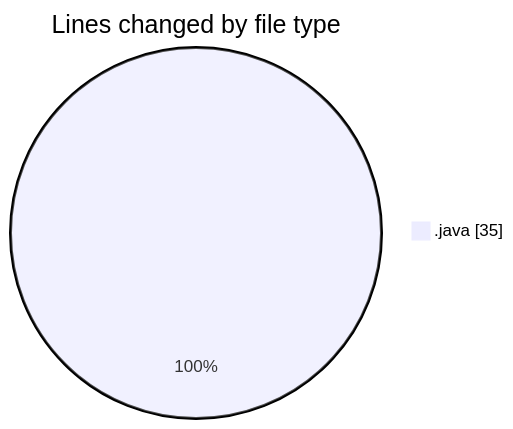
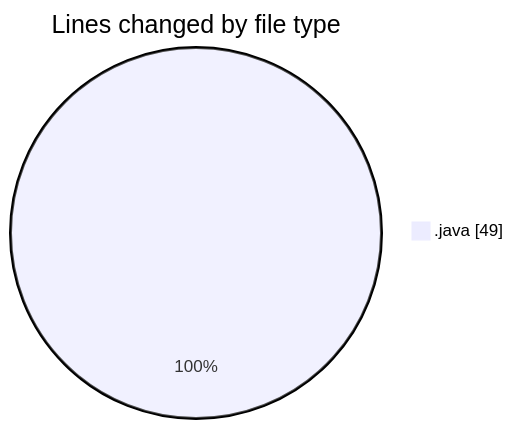
One commit to NitaiMahat/code-tracking changed the first of 2 diagrams in 2025-02-11/coding_prac_4/README.md. Above: the diagram before and after it, drawn with Mermaid. The commit also changed other lines of this file and 1 other file, not shown here.

````diff
--- a/2025-02-11/coding_prac_4/README.md
+++ b/2025-02-11/coding_prac_4/README.md
@@ -21,5 +21,5 @@
 ```mermaid
 pie showData
 title Lines changed by file type
-".java" : 35
+".java" : 49
 ```
````
